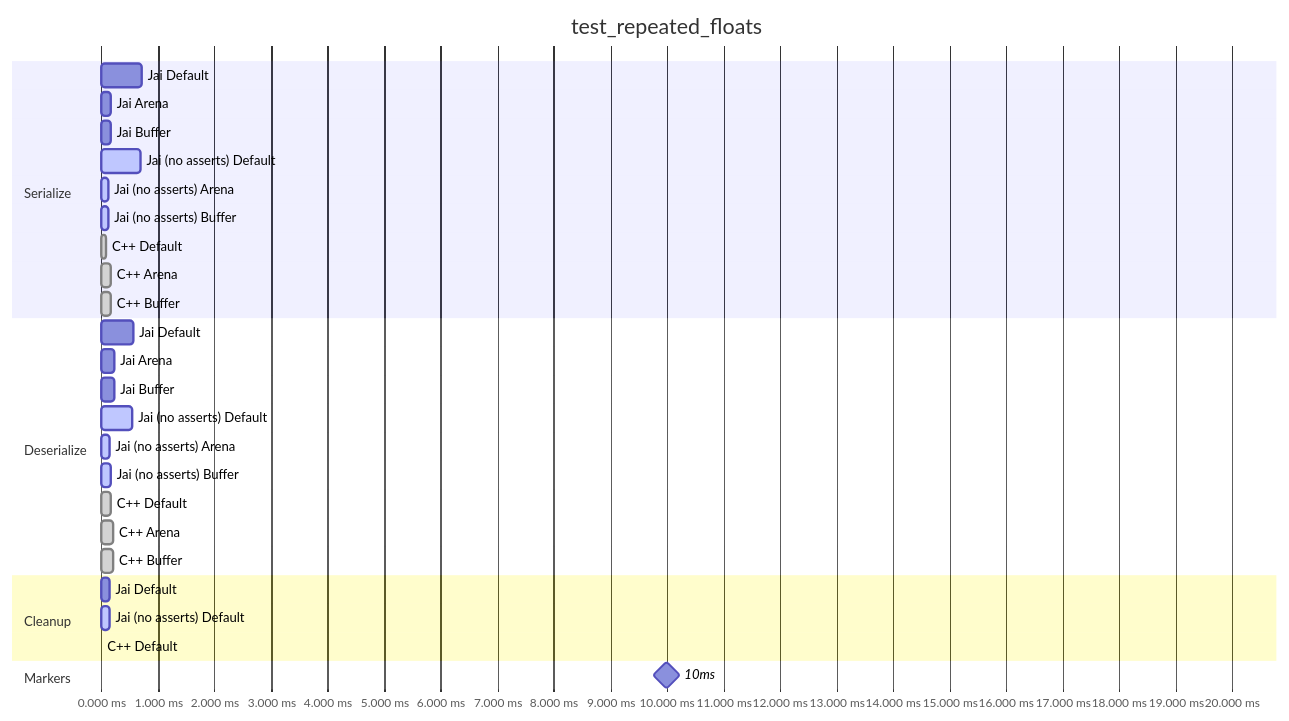
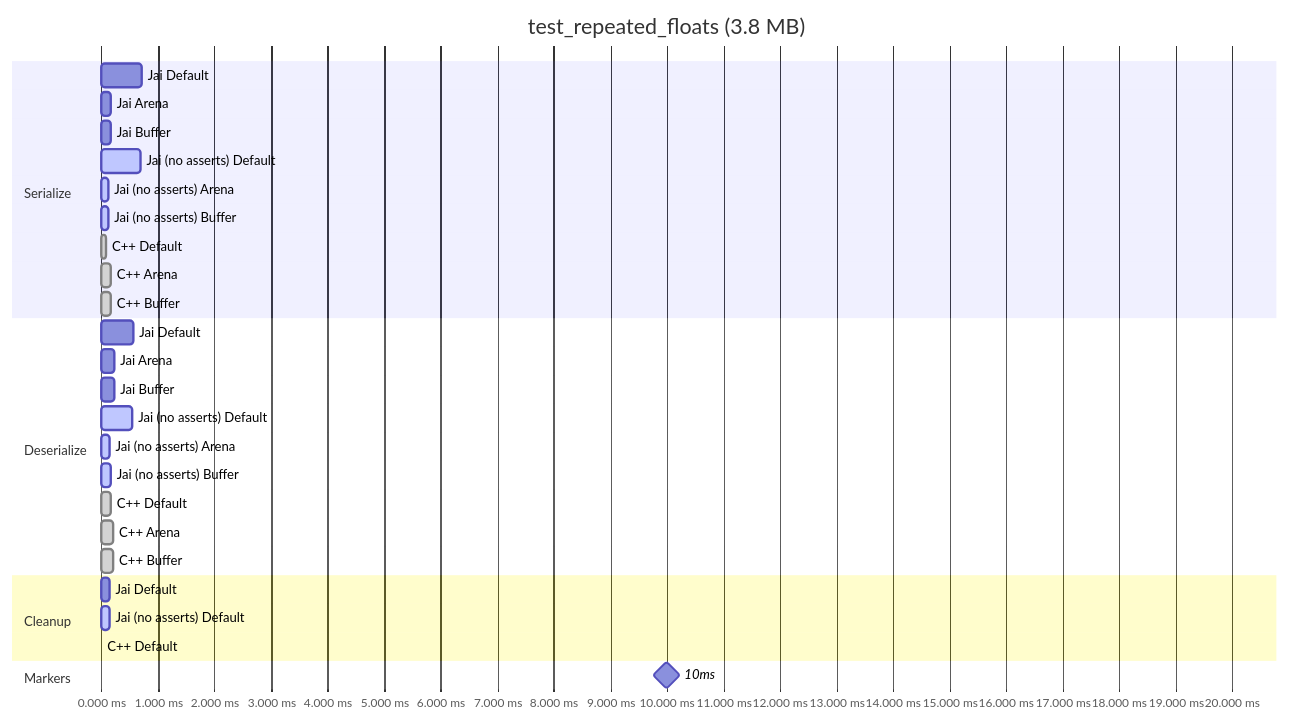
The third of 7 diagrams in README.md (segcore/jai-protobuf-timings), drawn with Mermaid before and after one commit. The commit also changed other lines of this file and 1 other file, not shown here.

````diff
--- a/README.md
+++ b/README.md
@@ -82,32 +82,32 @@
 ```mermaid
 gantt
-    title test_repeated_floats
+    title test_repeated_floats (3.8 MB)
     dateFormat x
     axisFormat %s.%L ms
     section Serialize
         Jai Default : 0, 0.715026s
         Jai Arena : 0, 0.168145s
         Jai Buffer : 0, 0.169304s
         Jai (no asserts) Default :active, 0, 0.695293s
         Jai (no asserts) Arena :active, 0, 0.12084s
         Jai (no asserts) Buffer :active, 0, 0.135135s
         C++ Default :done, 0, 0.090893s
         C++ Arena :done, 0, 0.160164s
         C++ Buffer :done, 0, 0.172228s
     section Deserialize
         Jai Default : 0, 0.572822s
         Jai Arena : 0, 0.233361s
         Jai Buffer : 0, 0.227041s
         Jai (no asserts) Default :active, 0, 0.539441s
         Jai (no asserts) Arena :active, 0, 0.144334s
         Jai (no asserts) Buffer :active, 0, 0.158439s
         C++ Default :done, 0, 0.165609s
         C++ Arena :done, 0, 0.220165s
         C++ Buffer :done, 0, 0.216729s
     section Cleanup
         Jai Default : 0, 0.144029s
         Jai (no asserts) Default :active, 0, 0.138152s
         C++ Default :done, 0, 0.000147s
     section Markers
         10ms : milestone, m1, 0, 20s
 ```
````
